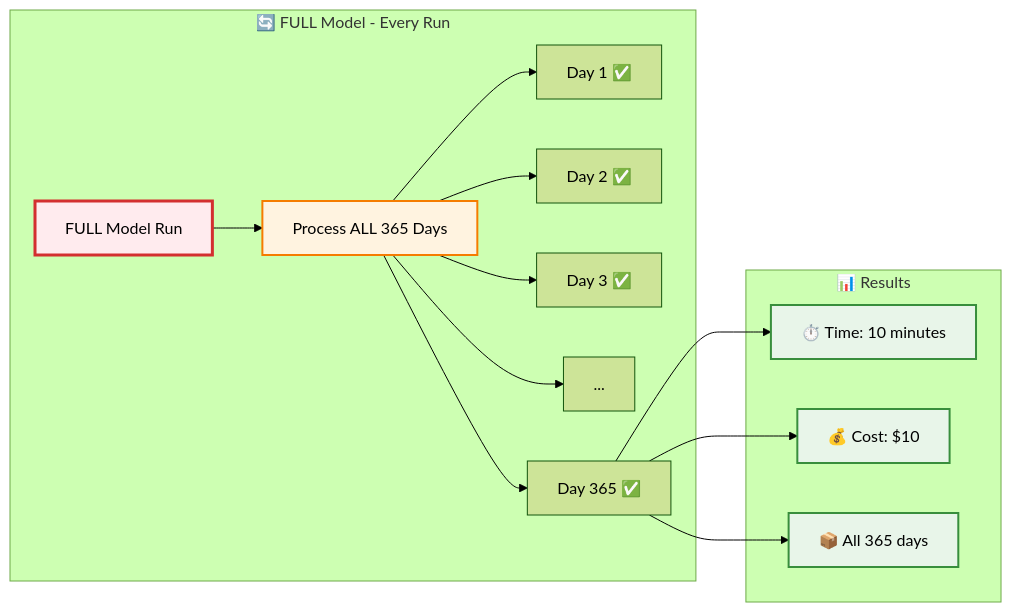
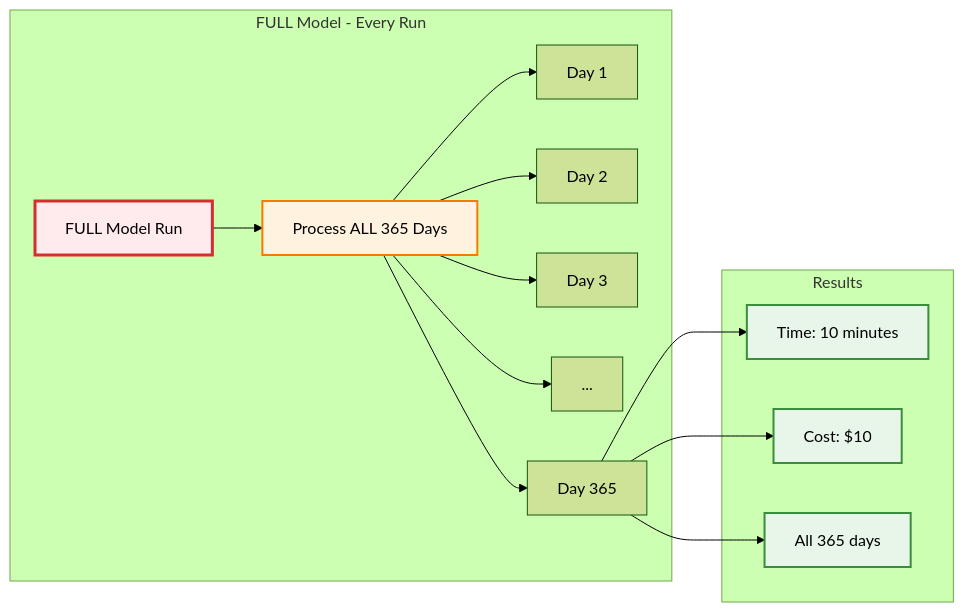
The first of 13 diagrams in docs/guides/incremental_by_time.md (tmdc-io/vulcan-book), drawn with Mermaid (forest theme) before and after one commit. The commit also changed other lines of this file and 6 other files, not shown here.

Commit message:
updated mermaid diagrams to remove emojis, commented out the old plan guide o have only the new 2.0 plan guide

````diff
--- a/docs/guides/incremental_by_time.md
+++ b/docs/guides/incremental_by_time.md
@@ -15,35 +15,35 @@
 ```mermaid
 flowchart LR
-    subgraph "🔄 FULL Model - Every Run"
+    subgraph "FULL Model - Every Run"
         FULL[FULL Model Run]
         PROCESS[Process ALL 365 Days]
-        DAY1[Day 1 ✅]
-        DAY2[Day 2 ✅]
-        DAY3[Day 3 ✅]
+        DAY1[Day 1]
+        DAY2[Day 2]
+        DAY3[Day 3]
         DOTS[...]
-        DAY365[Day 365 ✅]
+        DAY365[Day 365]
     end
     
-    subgraph "📊 Results"
-        TIME1[⏱️ Time: 10 minutes]
-        COST1[💰 Cost: $10]
-        DATA1[📦 All 365 days]
+    subgraph "Results"
+        TIME1[Time: 10 minutes]
+        COST1[Cost: $10]
+        DATA1[All 365 days]
     end
     
     FULL --> PROCESS
     PROCESS --> DAY1
     PROCESS --> DAY2
     PROCESS --> DAY3
     PROCESS --> DOTS
     PROCESS --> DAY365
     
     DAY365 --> TIME1
     DAY365 --> COST1
     DAY365 --> DATA1
     
     style FULL fill:#ffebee,stroke:#d32f2f,stroke-width:3px,color:#000
     style PROCESS fill:#fff3e0,stroke:#f57c00,stroke-width:2px,color:#000
     style TIME1 fill:#e8f5e9,stroke:#388e3c,stroke-width:2px,color:#000
     style COST1 fill:#e8f5e9,stroke:#388e3c,stroke-width:2px,color:#000
     style DATA1 fill:#e8f5e9,stroke:#388e3c,stroke-width:2px,color:#000
 ```
````
